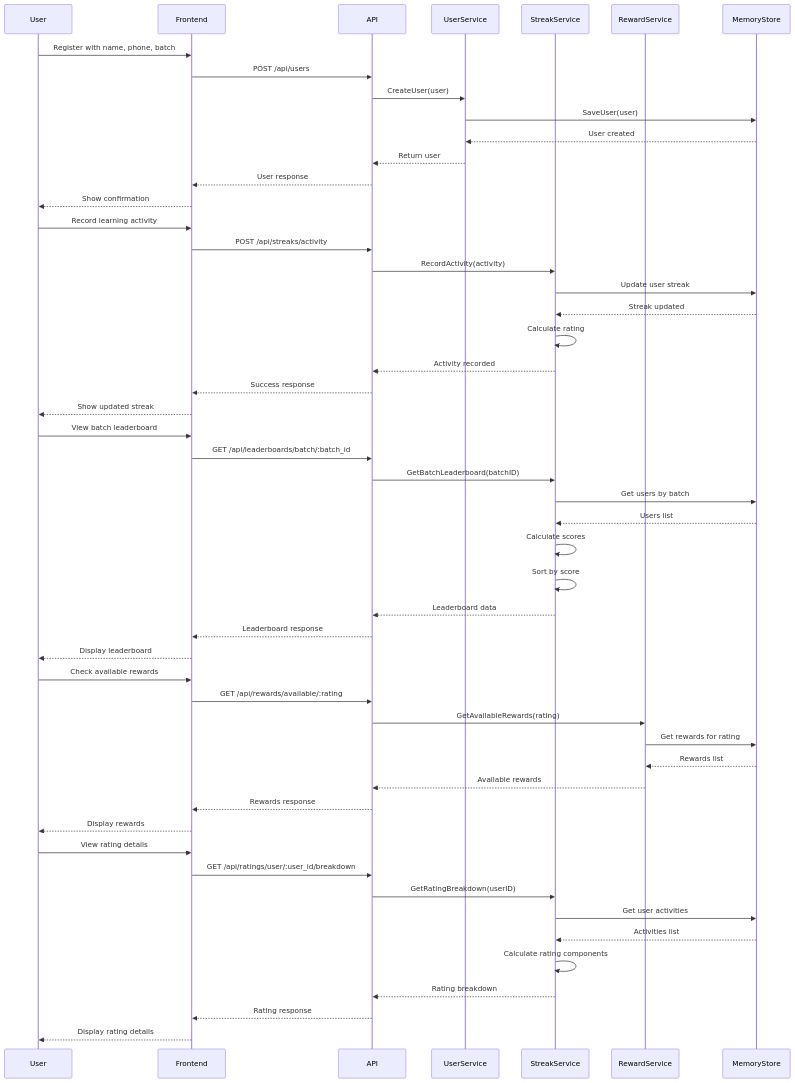
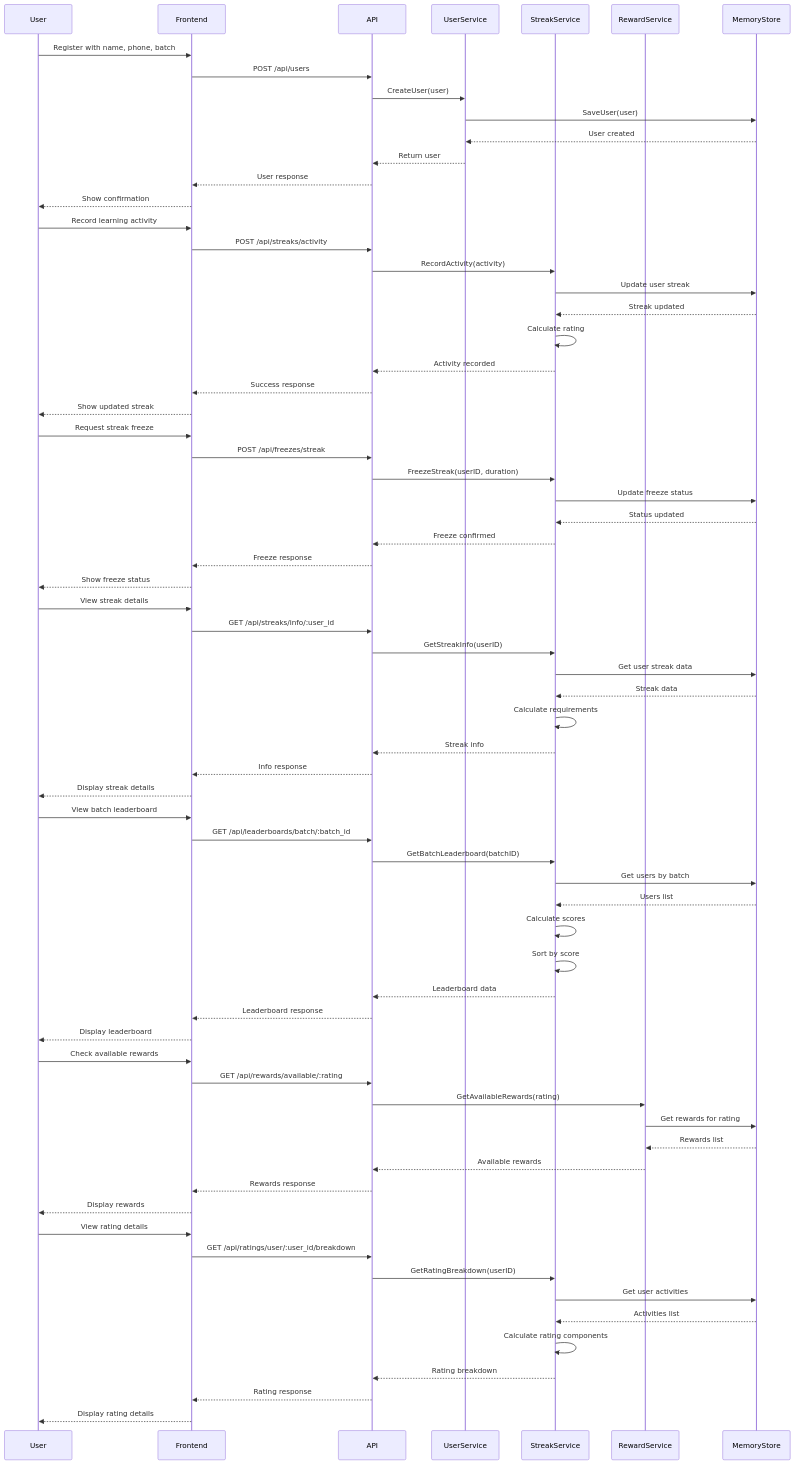
Before and after one commit to pallag05/7cents: the diagram in README.md, drawn with Mermaid. The commit also changed other lines of this file and 1 other file, not shown here.

Commit message:
docs: Update README and add Postman collection with new streak info and freeze endpoints : #test-image-push

```diff
--- a/README.md
+++ b/README.md
@@ -103,6 +157,27 @@
     StreakService-->>API: Activity recorded
     API-->>Frontend: Success response
     Frontend-->>User: Show updated streak
+
+    %% Streak Freeze Flow
+    User->>Frontend: Request streak freeze
+    Frontend->>API: POST /api/freezes/streak
+    API->>StreakService: FreezeStreak(userID, duration)
+    StreakService->>MemoryStore: Update freeze status
+    MemoryStore-->>StreakService: Status updated
+    StreakService-->>API: Freeze confirmed
+    API-->>Frontend: Freeze response
+    Frontend-->>User: Show freeze status
+
+    %% Streak Info Flow
+    User->>Frontend: View streak details
+    Frontend->>API: GET /api/streaks/info/:user_id
+    API->>StreakService: GetStreakInfo(userID)
+    StreakService->>MemoryStore: Get user streak data
+    MemoryStore-->>StreakService: Streak data
+    StreakService->>StreakService: Calculate requirements
+    StreakService-->>API: Streak info
+    API-->>Frontend: Info response
+    Frontend-->>User: Display streak details
 
     %% Leaderboard Flow
     User->>Frontend: View batch leaderboard
```
